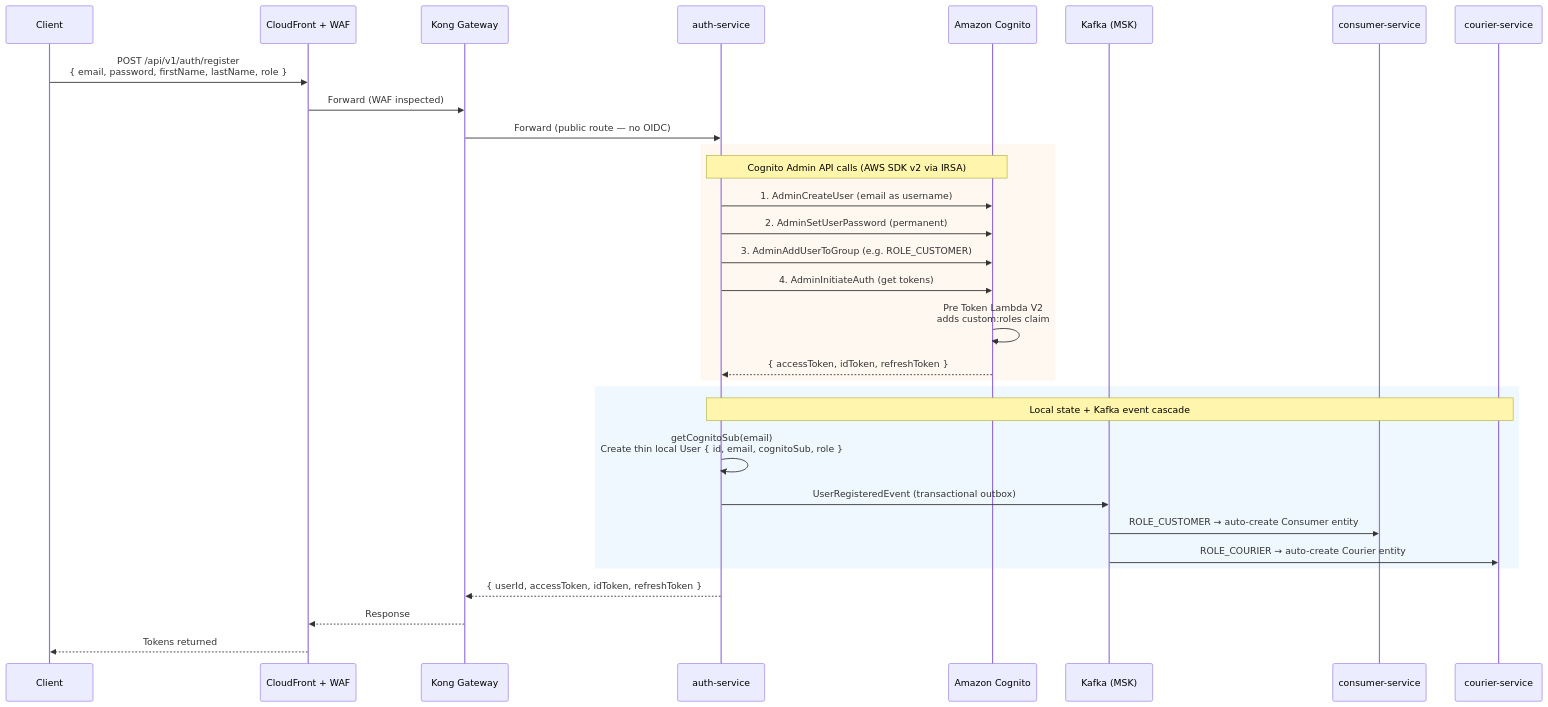
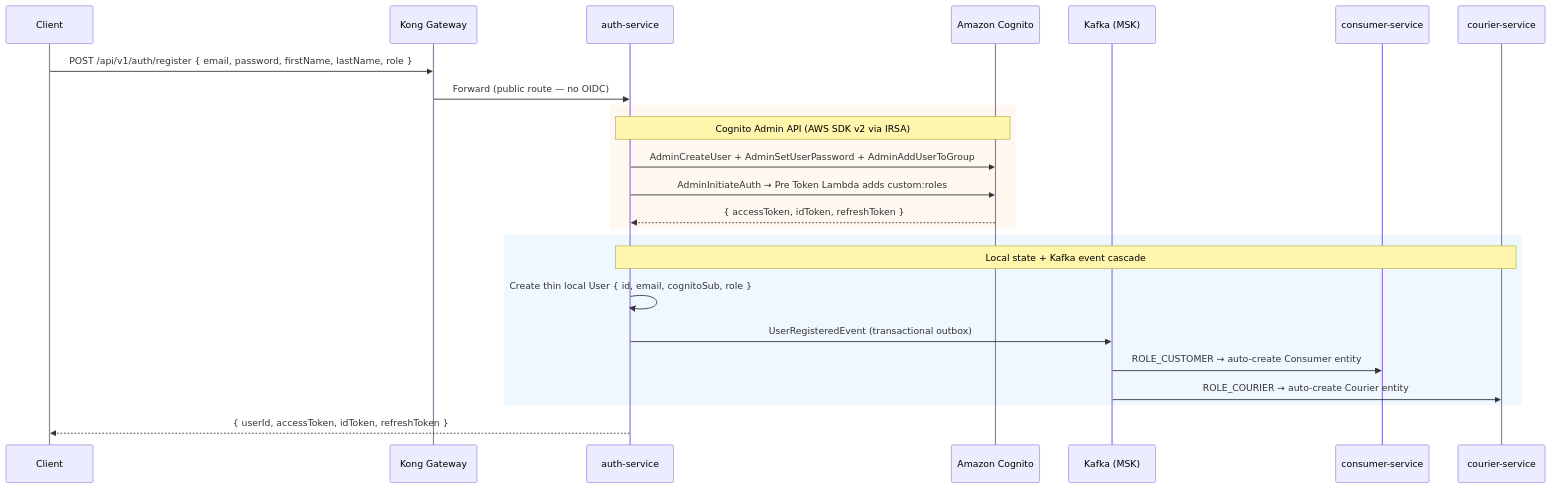
The third of 12 diagrams in README.md (shanaka-versent/munchgo-aws-iac), drawn with Mermaid before and after one commit. The commit also changed other lines of this file, not shown here.

````diff
--- a/README.md
+++ b/README.md
@@ -424,37 +333,30 @@
 ```mermaid
 sequenceDiagram
     participant C as Client
-    participant CF as CloudFront + WAF
     participant Kong as Kong Gateway
     participant Auth as auth-service
     participant Cognito as Amazon Cognito
     participant Kafka as Kafka (MSK)
     participant CS as consumer-service
     participant CR as courier-service
 
-    C->>CF: POST /api/v1/auth/register<br/>{ email, password, firstName, lastName, role }
-    CF->>Kong: Forward (WAF inspected)
+    C->>Kong: POST /api/v1/auth/register { email, password, firstName, lastName, role }
     Kong->>Auth: Forward (public route — no OIDC)
 
     rect rgb(255, 248, 240)
-        Note over Auth,Cognito: Cognito Admin API calls (AWS SDK v2 via IRSA)
-        Auth->>Cognito: 1. AdminCreateUser (email as username)
-        Auth->>Cognito: 2. AdminSetUserPassword (permanent)
-        Auth->>Cognito: 3. AdminAddUserToGroup (e.g. ROLE_CUSTOMER)
-        Auth->>Cognito: 4. AdminInitiateAuth (get tokens)
-        Cognito->>Cognito: Pre Token Lambda V2<br/>adds custom:roles claim
+        Note over Auth,Cognito: Cognito Admin API (AWS SDK v2 via IRSA)
+        Auth->>Cognito: AdminCreateUser + AdminSetUserPassword + AdminAddUserToGroup
+        Auth->>Cognito: AdminInitiateAuth → Pre Token Lambda adds custom:roles
         Cognito-->>Auth: { accessToken, idToken, refreshToken }
     end
 
     rect rgb(240, 248, 255)
         Note over Auth,CR: Local state + Kafka event cascade
-        Auth->>Auth: getCognitoSub(email)<br/>Create thin local User { id, email, cognitoSub, role }
+        Auth->>Auth: Create thin local User { id, email, cognitoSub, role }
         Auth->>Kafka: UserRegisteredEvent (transactional outbox)
         Kafka->>CS: ROLE_CUSTOMER → auto-create Consumer entity
         Kafka->>CR: ROLE_COURIER → auto-create Courier entity
     end
 
-    Auth-->>Kong: { userId, accessToken, idToken, refreshToken }
-    Kong-->>CF: Response
-    CF-->>C: Tokens returned
+    Auth-->>C: { userId, accessToken, idToken, refreshToken }
 ```
````
